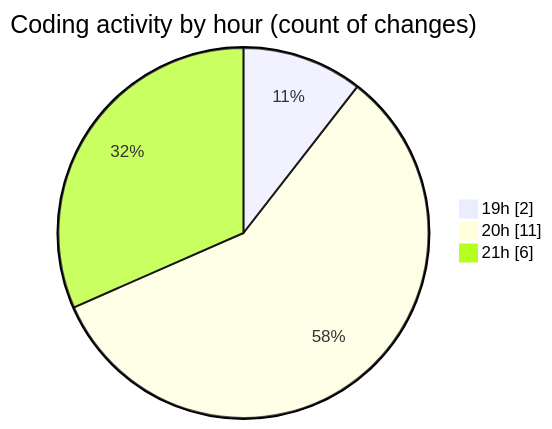
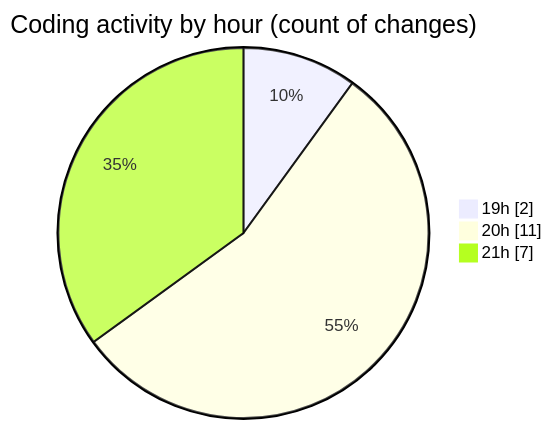
Before and after one commit to Elitesun/code-tracking: the second of 2 diagrams in 2025-01-29/react/README.md, drawn with Mermaid. The commit also changed other lines of this file and 1 other file, not shown here.

````diff
--- a/2025-01-29/react/README.md
+++ b/2025-01-29/react/README.md
@@ -32,7 +32,7 @@
 ```mermaid
 pie showData
 title Coding activity by hour (count of changes)
 "19h" : 2
 "20h" : 11
-"21h" : 6
+"21h" : 7
 ```
````
